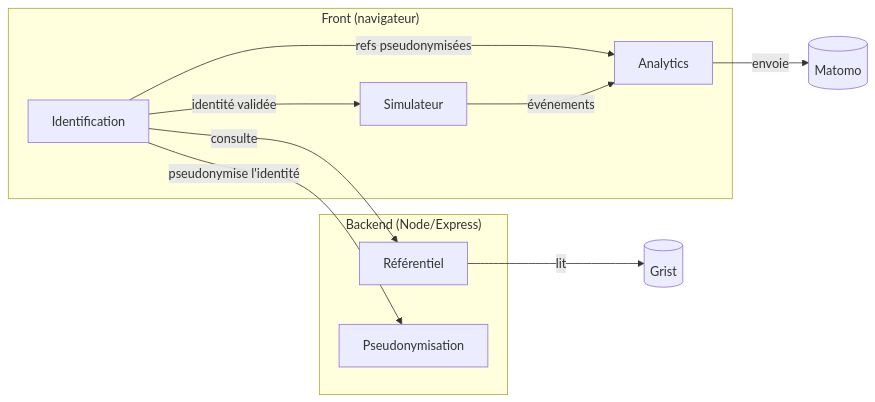
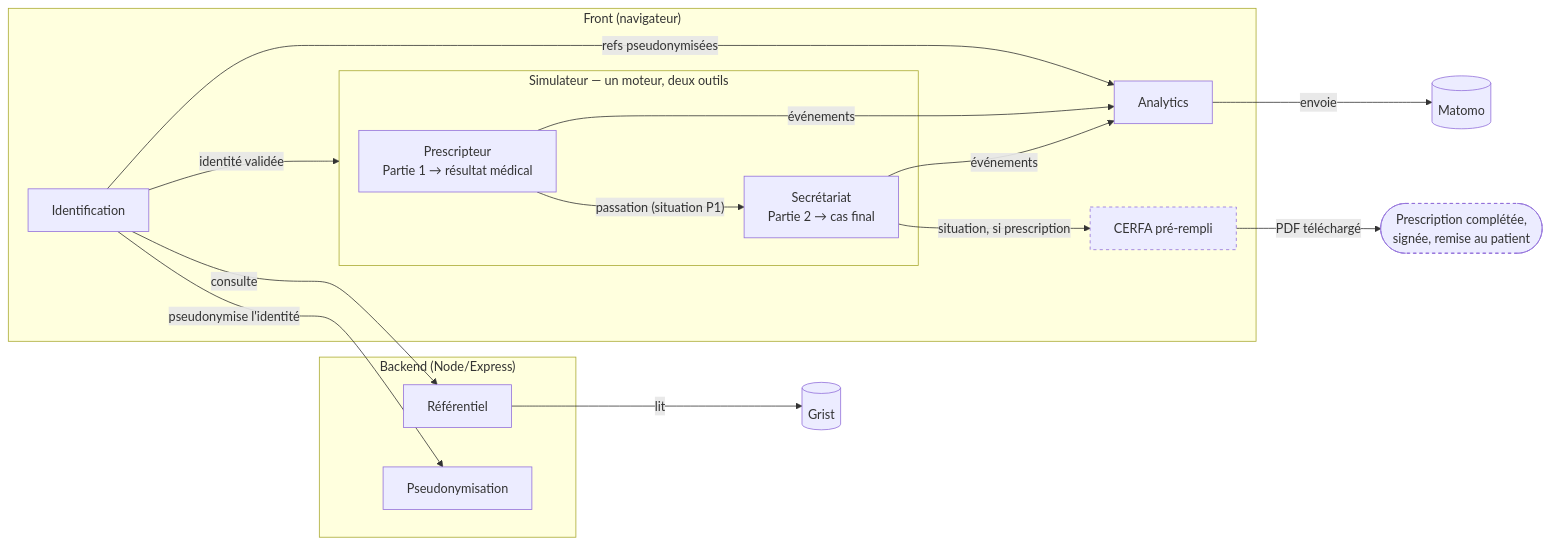
Before and after one commit to betagouv/transports-sanitaires: the diagram in apps/simulateur-eligibilite/README.md, drawn with Mermaid. The commit also changed other lines of this file, not shown here.

Commit message:
docs(simulateur): complète le schéma de fonctionnement (CERFA, deux outils)
Le schéma ne montrait ni le module CERFA ni le découpage du simulateur.

Le **CERFA** y apparaît sans aucune flèche vers le backend — ce n'est pas un oubli
de dessin mais l'invariant du module : le document porte des données de santé
nominatives et ne doit jamais quitter le navigateur. Lui et la prescription qui en
sort sont en traits tiretés, et un paragraphe sous le schéma le dit.

Le **simulateur** devient un sous-graphe portant ses deux outils, la passation qui
les relie et ce qu'elle transporte. La flèche « identité validée » pointe le
sous-graphe et non un outil : la porte les garde tous les deux.

````diff
--- a/apps/simulateur-eligibilite/README.md
+++ b/apps/simulateur-eligibilite/README.md
@@ -12,24 +12,36 @@
 ```mermaid
 flowchart LR
     subgraph front["Front (navigateur)"]
         Ident["Identification"]
-        Simu["Simulateur"]
+        subgraph simu["Simulateur — un moteur, deux outils"]
+            Presc["Prescripteur<br/>Partie 1 → résultat médical"]
+            Secr["Secrétariat<br/>Partie 2 → cas final"]
+        end
+        Cerfa["CERFA pré-rempli"]
         Analytics["Analytics"]
     end
 
     subgraph back["Backend (Node/Express)"]
         Ref["Référentiel"]
         Pseudo["Pseudonymisation"]
     end
 
     Grist[("Grist")]
     Matomo[("Matomo")]
+    Patient(["Prescription complétée,<br/>signée, remise au patient"])
 
     Ident -->|"consulte"| Ref
     Ident -->|"pseudonymise l'identité"| Pseudo
-    Ident -->|"identité validée"| Simu
+    Ident -->|"identité validée"| simu
     Ident -->|"refs pseudonymisées"| Analytics
-    Simu -->|"événements"| Analytics
+    Presc -->|"passation (situation P1)"| Secr
+    Presc -->|"événements"| Analytics
+    Secr -->|"événements"| Analytics
+    Secr -->|"situation, si prescription"| Cerfa
+    Cerfa -->|"PDF téléchargé"| Patient
     Ref -->|"lit"| Grist
     Analytics -->|"envoie"| Matomo
+
+    classDef nominatif stroke-dasharray:4
+    class Cerfa,Patient nominatif
 ```
````
